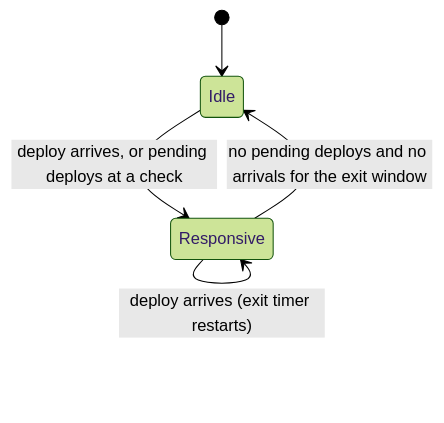
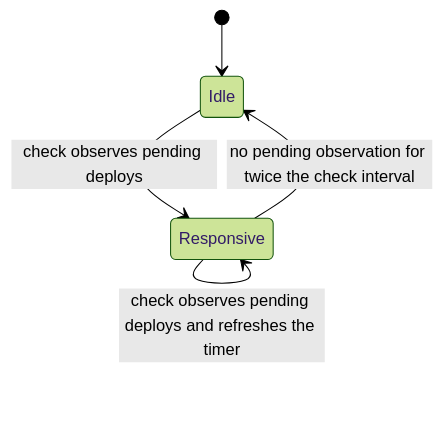
One commit to F1R3FLY-io/f1r3node-rust changed the diagram in docs/designs/deploy-heartbeat-wake.md. Above: the diagram before and after it, drawn with Mermaid (forest theme). The commit also changed other lines of this file and 18 other files, not shown here.

First line of the commit message:
feat(issue-24): add the H1 deploy-responsive heartbeat mode

````diff
--- a/docs/designs/deploy-heartbeat-wake.md
+++ b/docs/designs/deploy-heartbeat-wake.md
@@ -77,7 +77,7 @@
 ```mermaid
 stateDiagram-v2
     [*] --> Idle
-    Idle --> Responsive: deploy arrives, or pending deploys at a check
-    Responsive --> Responsive: deploy arrives (exit timer restarts)
-    Responsive --> Idle: no pending deploys and no arrivals for the exit window
+    Idle --> Responsive: check observes pending deploys
+    Responsive --> Responsive: check observes pending deploys and refreshes the timer
+    Responsive --> Idle: no pending observation for twice the check interval
 ```
````
